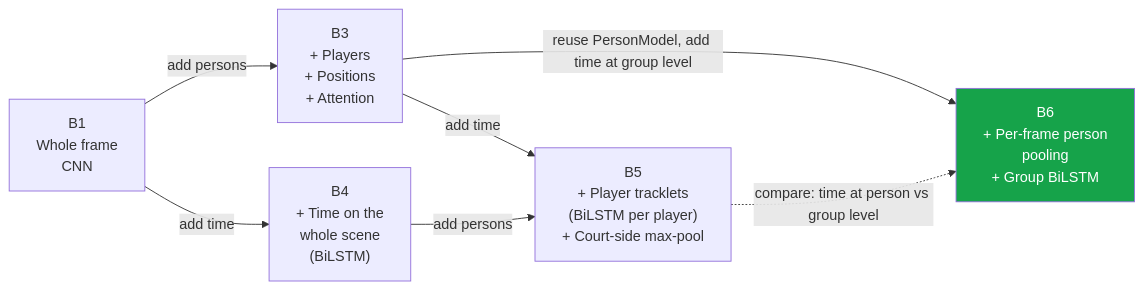
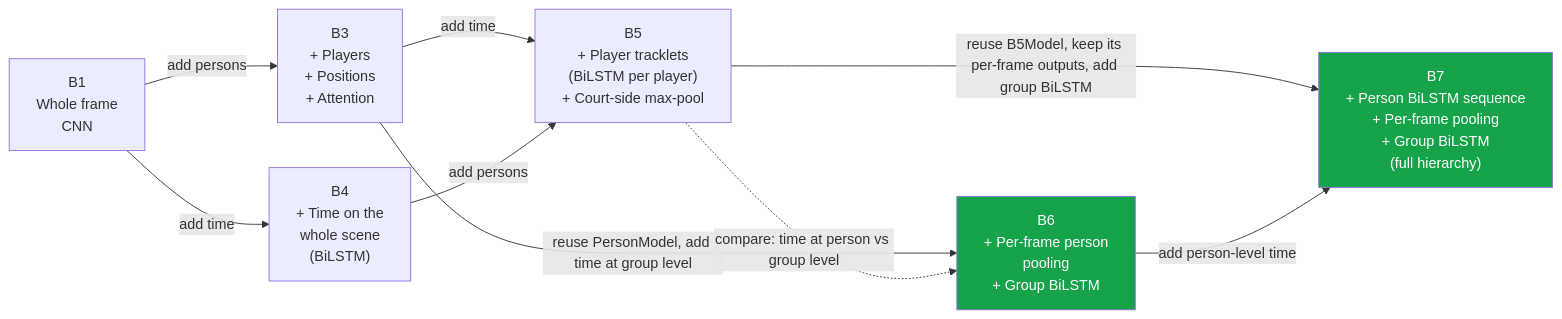
Before and after one commit to Abdo-Gamal/volleyball_project: the first of 29 diagrams in README.md, drawn with Mermaid. The commit also changed other lines of this file and 2 other files, not shown here.

````diff
--- a/README.md
+++ b/README.md
@@ -45,17 +46,21 @@
 ```mermaid
 flowchart LR
     B1["B1<br>Whole frame<br>CNN"]
     B3["B3<br>+ Players<br>+ Positions<br>+ Attention"]
     B4["B4<br>+ Time on the<br>whole scene<br>(BiLSTM)"]
     B5["B5<br>+ Player tracklets<br>(BiLSTM per player)<br>+ Court-side max-pool"]
     B6["B6<br>+ Per-frame person<br>pooling<br>+ Group BiLSTM"]
+    B7["B7<br>+ Person BiLSTM sequence<br>+ Per-frame pooling<br>+ Group BiLSTM<br>(full hierarchy)"]
     
     B1 -->|add persons| B3
     B1 -->|add time| B4
     B3 -->|add time| B5
     B4 -->|add persons| B5
     B3 -->|reuse PersonModel, add time at group level| B6
     B5 -.->|compare: time at person vs group level| B6
+    B5 -->|reuse B5Model, keep its per-frame outputs, add group BiLSTM| B7
+    B6 -->|add person-level time| B7
     
     style B6 fill:#16a34a,color:#fff
+    style B7 fill:#16a34a,color:#fff
 ```
````
